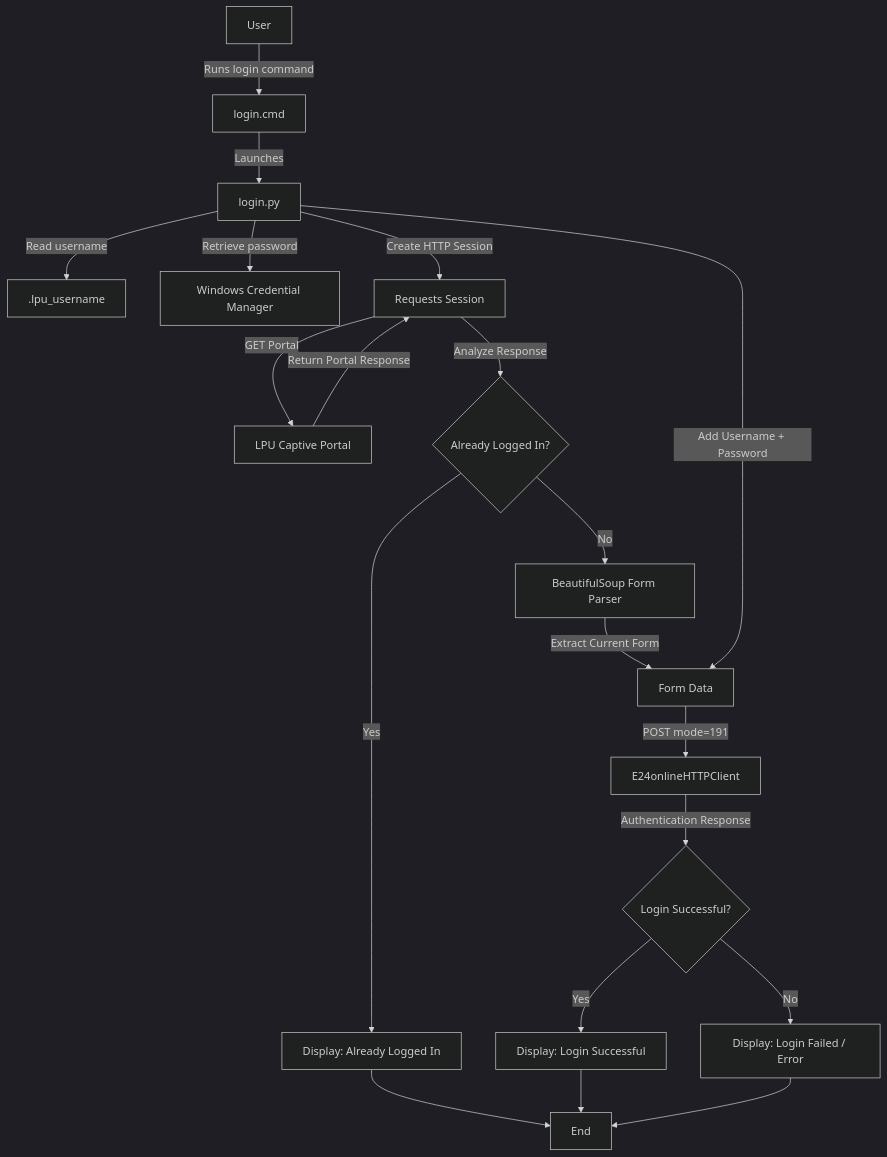
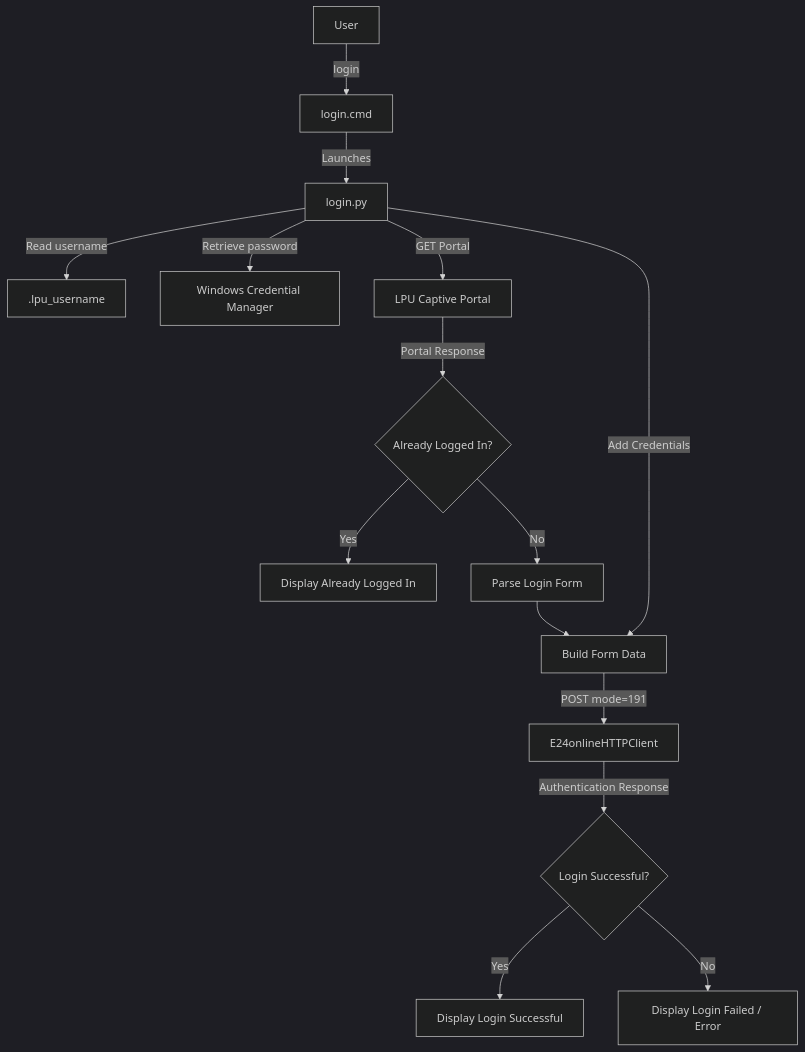
Before and after one commit to raiyanalig/LPU_WIFI_LOGIN: the diagram in readme.md, drawn with Mermaid (dark theme). The commit also changed other lines of this file, not shown here.

````diff
--- a/readme.md
+++ b/readme.md
@@ -304,39 +201,22 @@
 ```mermaid
 flowchart TD
-
-    U[User] -->|Runs login command| C[login.cmd]
-
+    U[User] -->|login| C[login.cmd]
     C -->|Launches| P[login.py]
 
     P -->|Read username| UF[.lpu_username]
-
     P -->|Retrieve password| KC[Windows Credential Manager]
 
-    P -->|Create HTTP Session| S[Requests Session]
+    P -->|GET Portal| LP[LPU Captive Portal]
+    LP -->|Portal Response| D{Already Logged In?}
 
-    S -->|GET Portal| LP[LPU Captive Portal]
+    D -->|Yes| A[Display Already Logged In]
+    D -->|No| F[Parse Login Form]
 
-    LP -->|Return Portal Response| S
-
-    S -->|Analyze Response| D{Already Logged In?}
-
-    D -->|Yes| A[Display: Already Logged In]
-
-    D -->|No| F[BeautifulSoup Form Parser]
-
-    F -->|Extract Current Form| FD[Form Data]
-
-    P -->|Add Username + Password| FD
-
+    F --> FD[Build Form Data]
+    P -->|Add Credentials| FD
     FD -->|POST mode=191| E[E24onlineHTTPClient]
 
     E -->|Authentication Response| V{Login Successful?}
-
-    V -->|Yes| LS[Display: Login Successful]
-
-    V -->|No| ER[Display: Login Failed / Error]
-
-    A --> END[End]
-    LS --> END
-    ER --> END
+    V -->|Yes| S[Display Login Successful]
+    V -->|No| R[Display Login Failed / Error]
 ```
````
